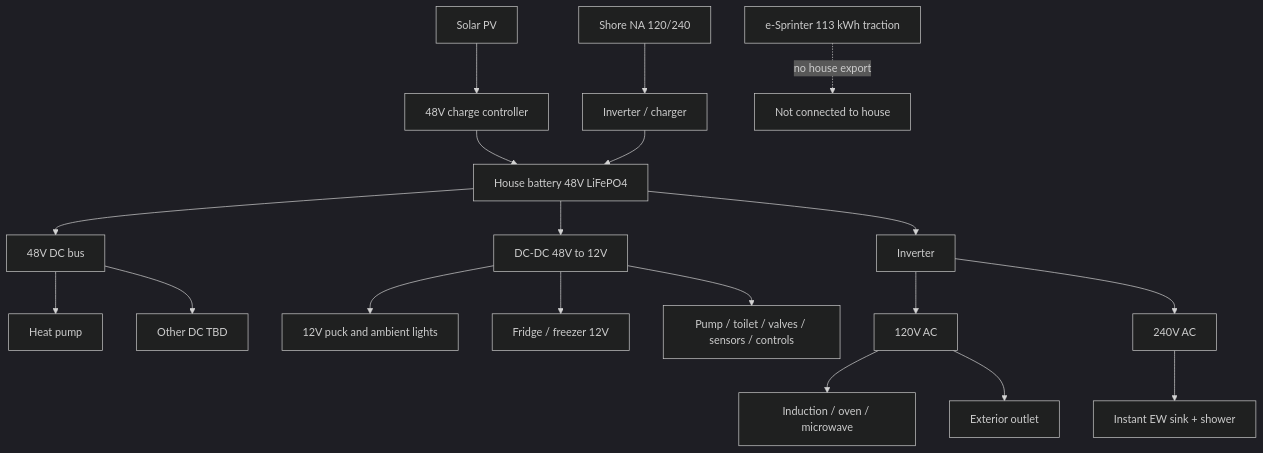
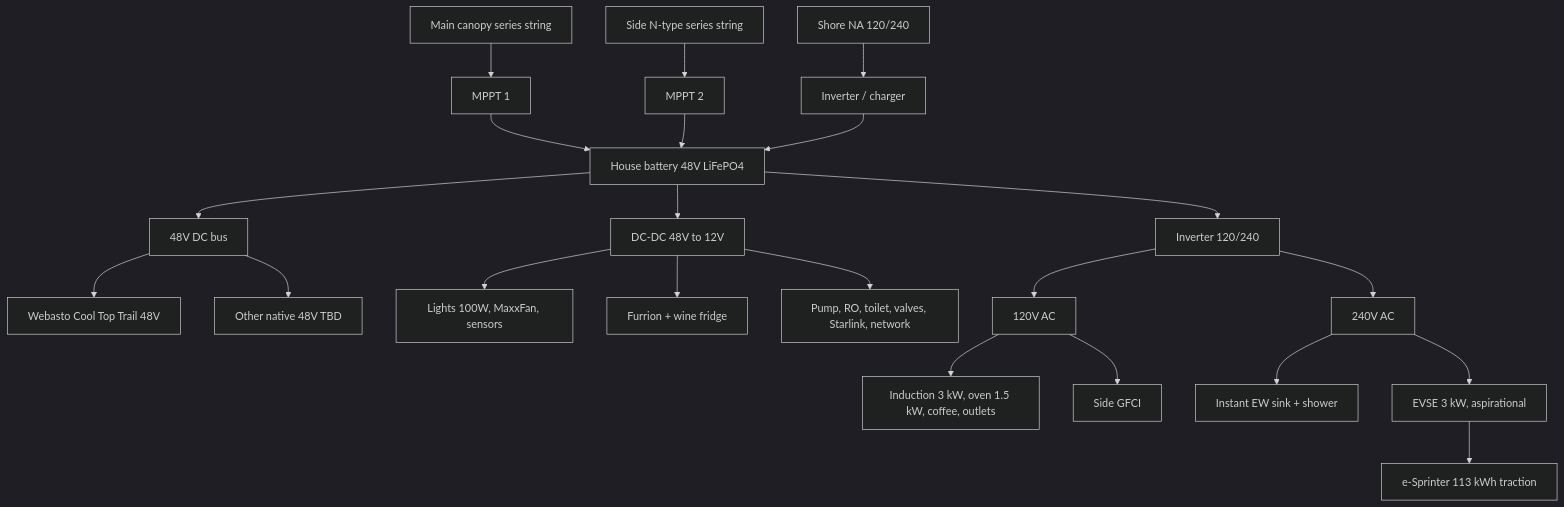
Before and after one commit to ehoogerbeets/vango: the diagram in docs/02-architecture/electrical.md, drawn with Mermaid (dark theme). The commit also changed other lines of this file and 29 other files, not shown here.

````diff
--- a/docs/02-architecture/electrical.md
+++ b/docs/02-architecture/electrical.md
@@ -32,24 +34,28 @@
 ```mermaid
 flowchart TD
-  solar[Solar PV] --> sc[48V charge controller]
+  zone1[Main canopy series string] --> mppt1[MPPT 1]
+  zone2[Side N-type series string] --> mppt2[MPPT 2]
+  mppt1 --> batt[House battery 48V LiFePO4]
+  mppt2 --> batt
   shore[Shore NA 120/240] --> ic[Inverter / charger]
-  sc --> batt[House battery 48V LiFePO4]
   ic --> batt
-  traction[e-Sprinter 113 kWh traction] -.->|no house export| x[Not connected to house]
+  traction[e-Sprinter 113 kWh traction]
 
   batt --> dc48[48V DC bus]
-  dc48 --> hp[Heat pump]
-  dc48 --> other48[Other DC TBD]
+  dc48 --> hp[Webasto Cool Top Trail 48V]
+  dc48 --> other48[Other native 48V TBD]
 
   batt --> dcdc[DC-DC 48V to 12V]
-  dcdc --> lights[12V puck and ambient lights]
-  dcdc --> fridge[Fridge / freezer 12V]
-  dcdc --> lv[Pump / toilet / valves / sensors / controls]
+  dcdc --> lights[Lights 100W, MaxxFan, sensors]
+  dcdc --> fridge[Furrion + wine fridge]
+  dcdc --> lv[Pump, RO, toilet, valves, Starlink, network]
 
-  batt --> inv[Inverter]
+  batt --> inv[Inverter 120/240]
   inv --> ac120[120V AC]
-  ac120 --> cook[Induction / oven / microwave]
-  ac120 --> ext[Exterior outlet]
+  ac120 --> cook[Induction 3 kW, oven 1.5 kW, coffee, outlets]
+  ac120 --> ext[Side GFCI]
   inv --> ac240[240V AC]
   ac240 --> hw[Instant EW sink + shower]
+  ac240 --> evse[EVSE 3 kW, aspirational]
+  evse --> traction
 ```
````
